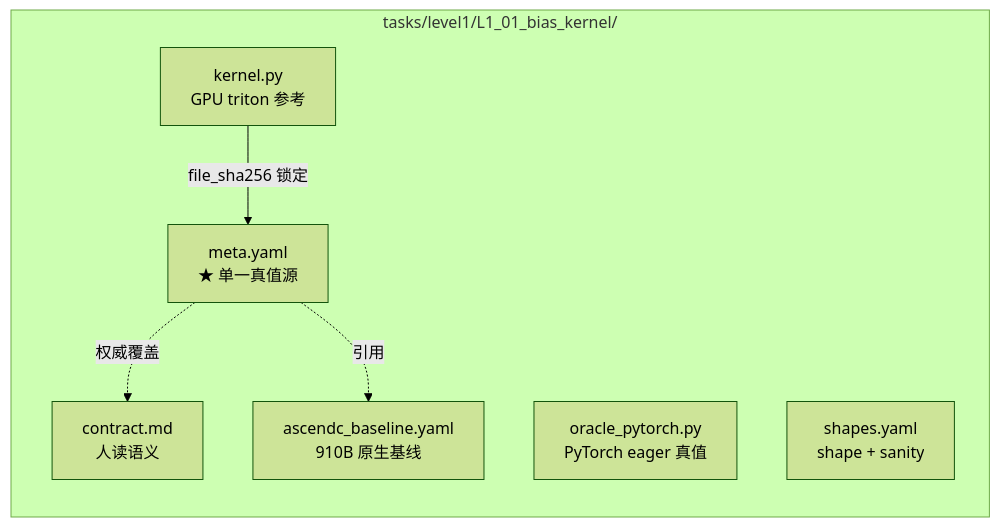
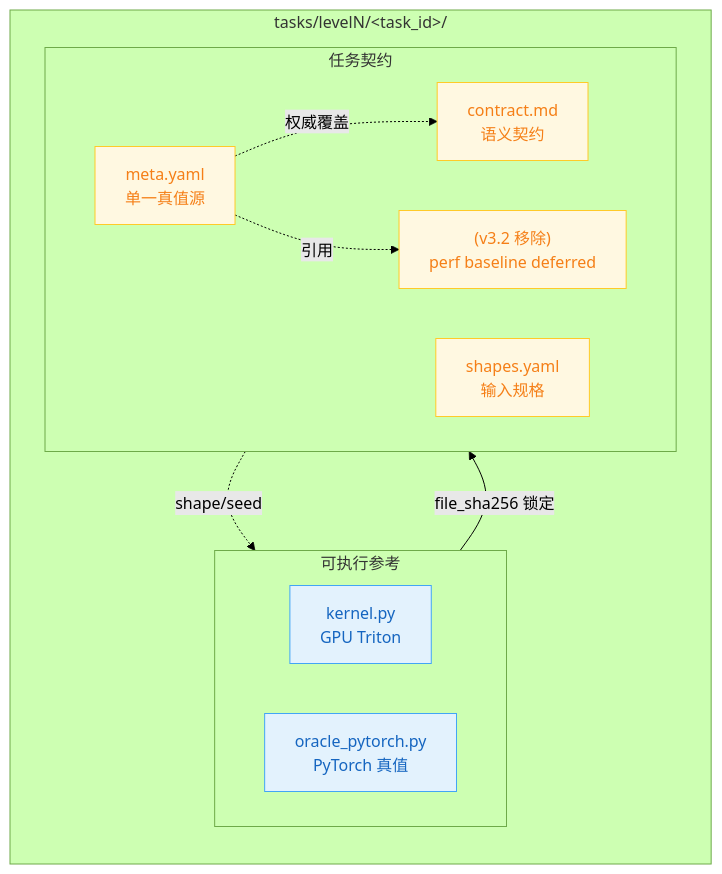
The fourth of 11 diagrams in docs/DESIGN.md (Gxj230958/TritonAscendBench), drawn with Mermaid (forest theme) before and after one commit. The commit also changed other lines of this file and 243 other files, not shown here.

First line of the commit message:
Remove AscendC, honest perf reporting, replace 3 errata tasks

````diff
--- a/docs/DESIGN.md
+++ b/docs/DESIGN.md
@@ -236,14 +248,26 @@
 ```mermaid
-flowchart LR
-    subgraph T["tasks/level1/L1_01_bias_kernel/"]
-        K["kernel.py<br/>GPU triton 参考"]
-        O["oracle_pytorch.py<br/>PyTorch eager 真值"]
-        M["meta.yaml<br/>★ 单一真值源"]
-        SH["shapes.yaml<br/>shape + sanity"]
-        CT["contract.md<br/>人读语义"]
-        AB["ascendc_baseline.yaml<br/>910B 原生基线"]
+flowchart TB
+    subgraph T["tasks/levelN/&lt;task_id&gt;/"]
+        direction TB
+        subgraph CODE["可执行参考"]
+            direction LR
+            K["kernel.py<br/>GPU Triton"]
+            O["oracle_pytorch.py<br/>PyTorch 真值"]
+        end
+        subgraph SPEC["任务契约"]
+            direction LR
+            M["meta.yaml<br/>单一真值源"]
+            SH["shapes.yaml<br/>输入规格"]
+            CT["contract.md<br/>语义契约"]
+            AB["(v3.2 移除)<br/>perf baseline deferred"]
+        end
     end
-    M -.->|权威覆盖| CT
-    M -.->|引用| AB
-    K -->|file_sha256 锁定| M
+    K -->|"file_sha256 锁定"| M
+    M -.->|"权威覆盖"| CT
+    M -.->|"引用"| AB
+    SH -.->|"shape/seed"| O
+    classDef code fill:#E3F2FD,stroke:#42A5F5,color:#1565C0;
+    classDef spec fill:#FFF8E1,stroke:#FFCA28,color:#F57F17;
+    class K,O code;
+    class M,SH,CT,AB spec;
 ```
````
